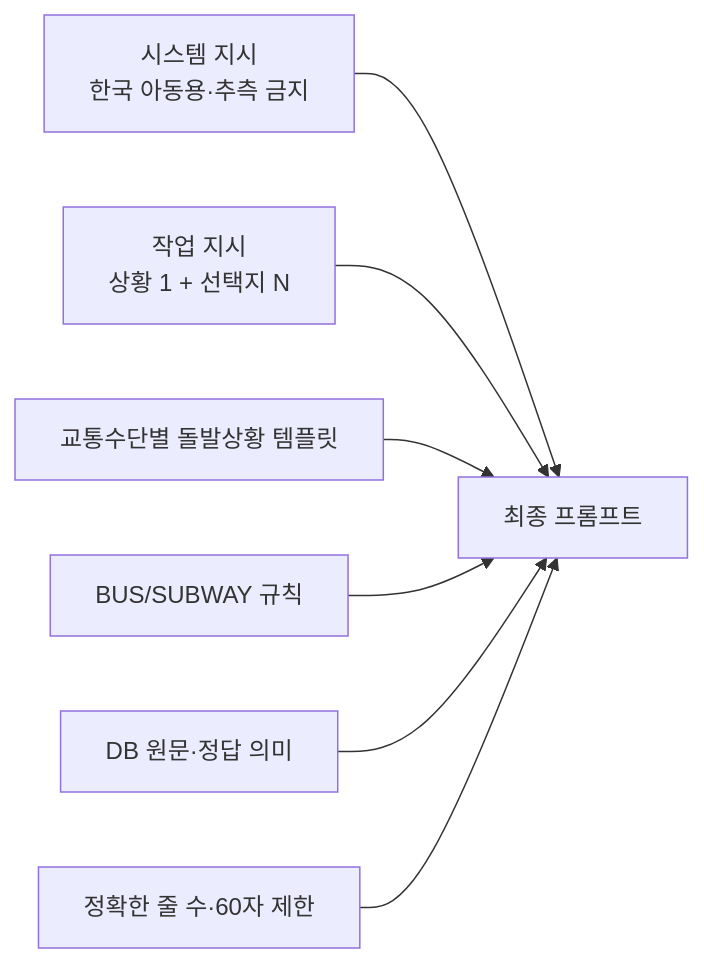
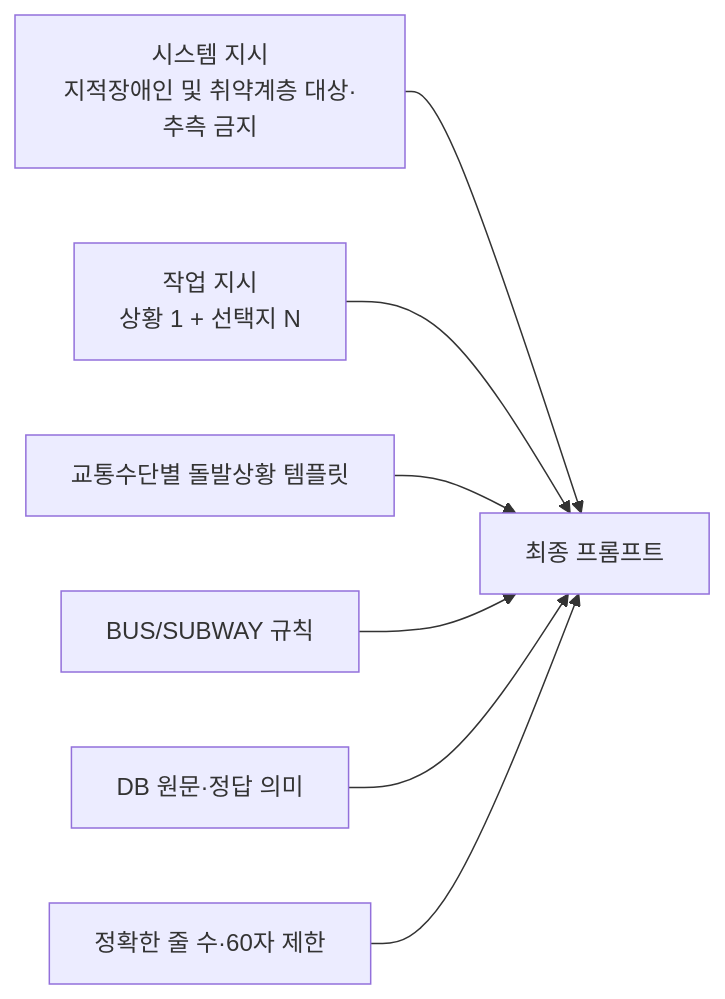
The seventh of 11 diagrams in docs/ai/ai-system.md (thisisdibellob/Oneuldo), drawn with Mermaid before and after one commit. The commit also changed other lines of this file and 2 other files, not shown here.

````diff
--- a/docs/ai/ai-system.md
+++ b/docs/ai/ai-system.md
@@ -314,15 +317,15 @@
 ```mermaid
 flowchart LR
-    SYSTEM[시스템 지시<br/>한국 아동용·추측 금지]
+    SYSTEM[시스템 지시<br/>지적장애인 및 취약계층 대상·추측 금지]
     TASK[작업 지시<br/>상황 1 + 선택지 N]
     INCIDENT[교통수단별 돌발상황 템플릿]
     FACT[BUS/SUBWAY 규칙]
     SOURCE[DB 원문·정답 의미]
     FORMAT[정확한 줄 수·60자 제한]
     SYSTEM --> PROMPT[최종 프롬프트]
     TASK --> PROMPT
     INCIDENT --> PROMPT
     FACT --> PROMPT
     SOURCE --> PROMPT
     FORMAT --> PROMPT
 ```
````
